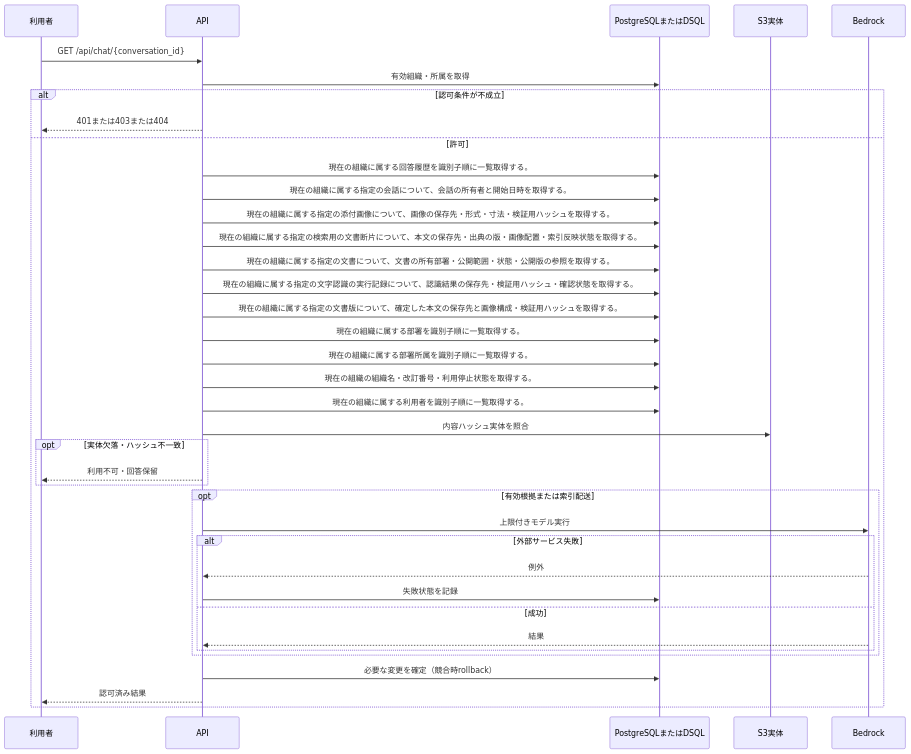
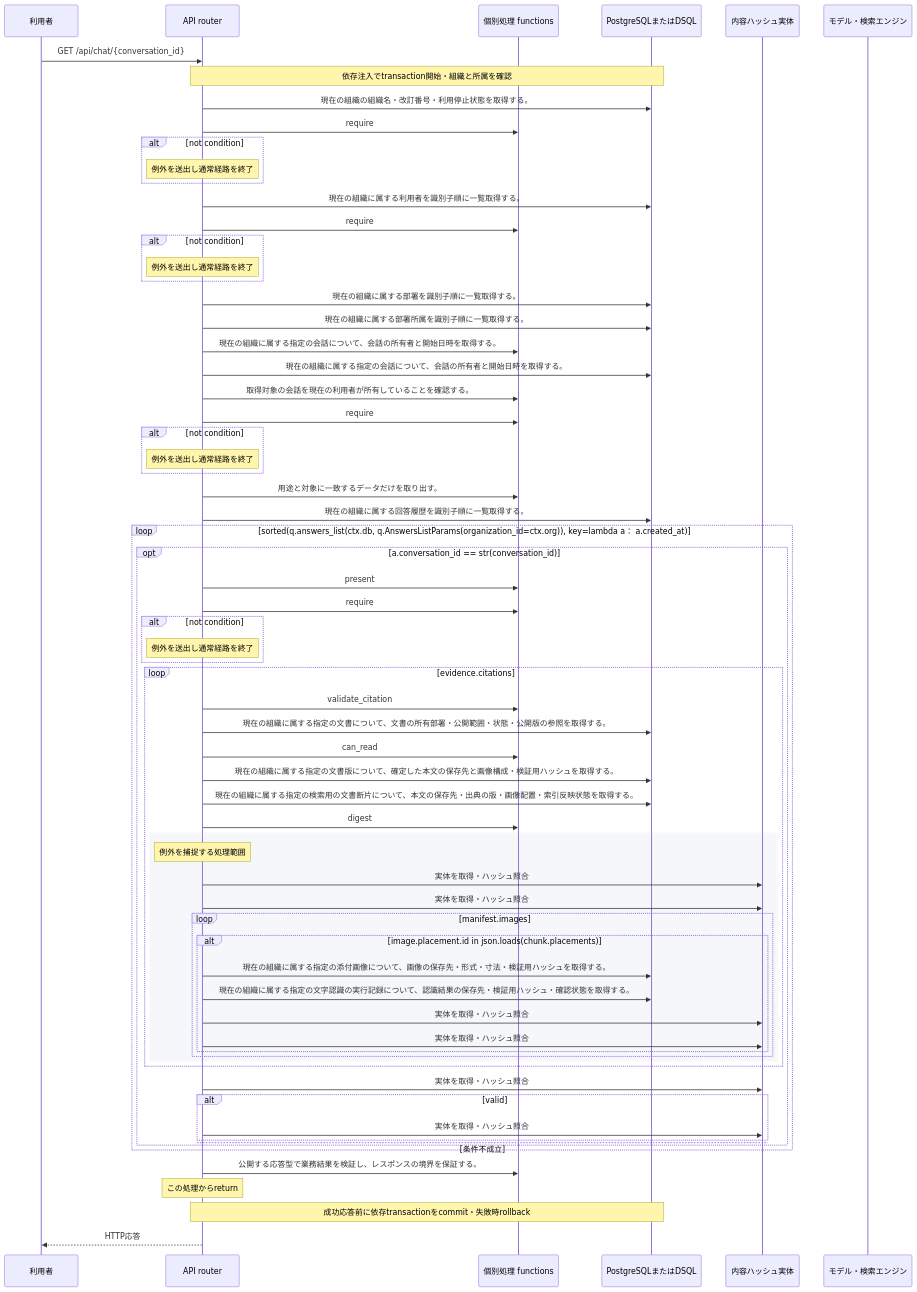
The diagram in docs/design/generated/api/chat/chat_history/sequence.md (tsuji-tomonori/KotoRelay), drawn with Mermaid before and after one commit. The commit also changed other lines of this file and 424 other files, not shown here.

````diff
--- a/docs/design/generated/api/chat/chat_history/sequence.md
+++ b/docs/design/generated/api/chat/chat_history/sequence.md
@@ -7,40 +7,71 @@
 ```mermaid
 sequenceDiagram
     participant U as 利用者
-    participant A as API
+    participant A as API router
+    participant F as 個別処理 functions
     participant D as PostgreSQLまたはDSQL
-    participant S as S3実体
-    participant M as Bedrock
+    participant S as 内容ハッシュ実体
+    participant M as モデル・検索エンジン
     U->>A: GET /api/chat/{conversation_id}
-    A->>D: 有効組織・所属を取得
-    alt 認可条件が不成立
-        A-->>U: 401または403または404
-    else 許可
-        A->>D: 現在の組織に属する回答履歴を識別子順に一覧取得する。
-        A->>D: 現在の組織に属する指定の会話について、会話の所有者と開始日時を取得する。
-        A->>D: 現在の組織に属する指定の添付画像について、画像の保存先・形式・寸法・検証用ハッシュを取得する。
-        A->>D: 現在の組織に属する指定の検索用の文書断片について、本文の保存先・出典の版・画像配置・索引反映状態を取得する。
-        A->>D: 現在の組織に属する指定の文書について、文書の所有部署・公開範囲・状態・公開版の参照を取得する。
-        A->>D: 現在の組織に属する指定の文字認識の実行記録について、認識結果の保存先・検証用ハッシュ・確認状態を取得する。
-        A->>D: 現在の組織に属する指定の文書版について、確定した本文の保存先と画像構成・検証用ハッシュを取得する。
-        A->>D: 現在の組織に属する部署を識別子順に一覧取得する。
-        A->>D: 現在の組織に属する部署所属を識別子順に一覧取得する。
-        A->>D: 現在の組織の組織名・改訂番号・利用停止状態を取得する。
-        A->>D: 現在の組織に属する利用者を識別子順に一覧取得する。
-        A->>S: 内容ハッシュ実体を照合
-        opt 実体欠落・ハッシュ不一致
-            A-->>U: 利用不可・回答保留
-        end
-        opt 有効根拠または索引配送
-            A->>M: 上限付きモデル実行
-            alt 外部サービス失敗
-                M-->>A: 例外
-                A->>D: 失敗状態を記録
-            else 成功
-                M-->>A: 結果
-            end
-        end
-        A->>D: 必要な変更を確定（競合時rollback）
-        A-->>U: 認可済み結果
+    Note over A,D: 依存注入でtransaction開始・組織と所属を確認
+    A->>D: 現在の組織の組織名・改訂番号・利用停止状態を取得する。
+    A->>F: require
+    alt not condition
+    Note over A: 例外を送出し通常経路を終了
     end
+    A->>D: 現在の組織に属する利用者を識別子順に一覧取得する。
+    A->>F: require
+    alt not condition
+    Note over A: 例外を送出し通常経路を終了
+    end
+    A->>D: 現在の組織に属する部署を識別子順に一覧取得する。
+    A->>D: 現在の組織に属する部署所属を識別子順に一覧取得する。
+    A->>F: 現在の組織に属する指定の会話について、会話の所有者と開始日時を取得する。
+    A->>D: 現在の組織に属する指定の会話について、会話の所有者と開始日時を取得する。
+    A->>F: 取得対象の会話を現在の利用者が所有していることを確認する。
+    A->>F: require
+    alt not condition
+    Note over A: 例外を送出し通常経路を終了
+    end
+    A->>F: 用途と対象に一致するデータだけを取り出す。
+    A->>D: 現在の組織に属する回答履歴を識別子順に一覧取得する。
+    loop sorted(q.answers_list(ctx.db, q.AnswersListParams(organization_id=ctx.org)), key=lambda a： a.created_at)
+    opt a.conversation_id == str(conversation_id)
+    A->>F: present
+    A->>F: require
+    alt not condition
+    Note over A: 例外を送出し通常経路を終了
+    end
+    loop evidence.citations
+    A->>F: validate_citation
+    A->>D: 現在の組織に属する指定の文書について、文書の所有部署・公開範囲・状態・公開版の参照を取得する。
+    A->>F: can_read
+    A->>D: 現在の組織に属する指定の文書版について、確定した本文の保存先と画像構成・検証用ハッシュを取得する。
+    A->>D: 現在の組織に属する指定の検索用の文書断片について、本文の保存先・出典の版・画像配置・索引反映状態を取得する。
+    A->>F: digest
+    rect rgb(245, 247, 250)
+    Note over A: 例外を捕捉する処理範囲
+    A->>S: 実体を取得・ハッシュ照合
+    A->>S: 実体を取得・ハッシュ照合
+    loop manifest.images
+    alt image.placement.id in json.loads(chunk.placements)
+    A->>D: 現在の組織に属する指定の添付画像について、画像の保存先・形式・寸法・検証用ハッシュを取得する。
+    A->>D: 現在の組織に属する指定の文字認識の実行記録について、認識結果の保存先・検証用ハッシュ・確認状態を取得する。
+    A->>S: 実体を取得・ハッシュ照合
+    A->>S: 実体を取得・ハッシュ照合
+    end
+    end
+    end
+    end
+    A->>S: 実体を取得・ハッシュ照合
+    alt valid
+    A->>S: 実体を取得・ハッシュ照合
+    else 条件不成立
+    end
+    end
+    end
+    A->>F: 公開する応答型で業務結果を検証し、レスポンスの境界を保証する。
+    Note over A: この処理からreturn
+    Note over A,D: 成功応答前に依存transactionをcommit・失敗時rollback
+    A-->>U: HTTP応答
 ```
````
